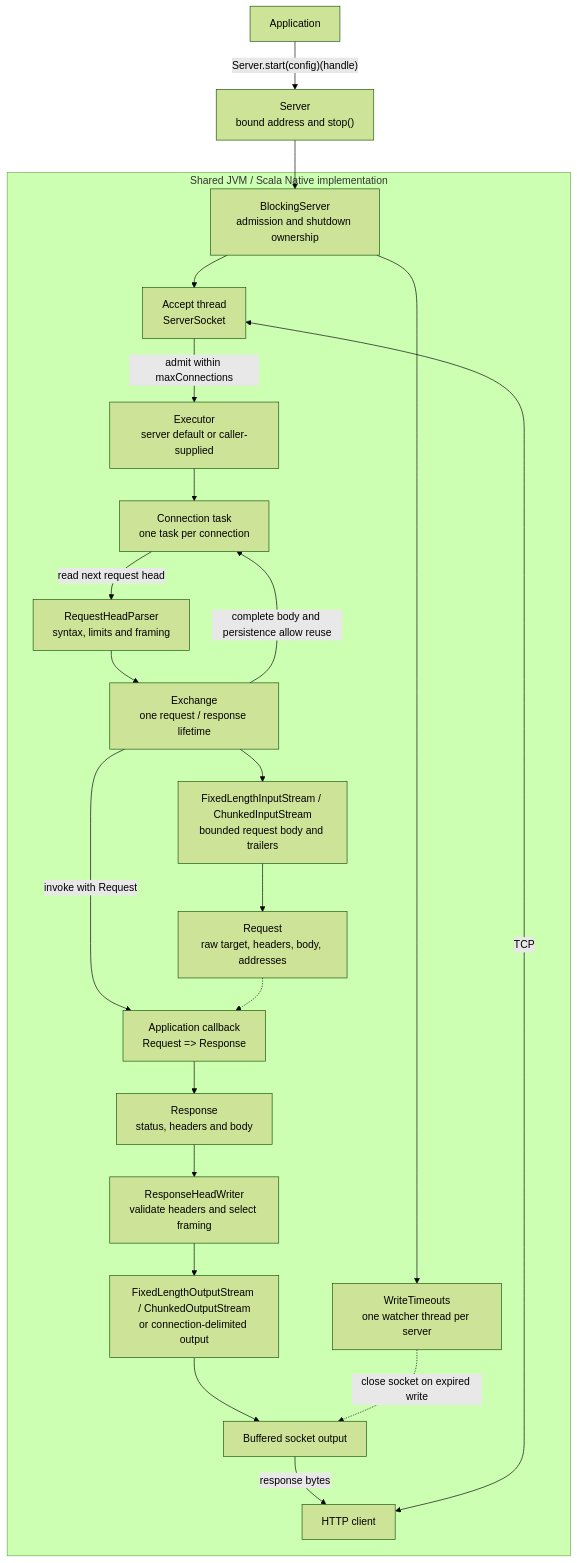
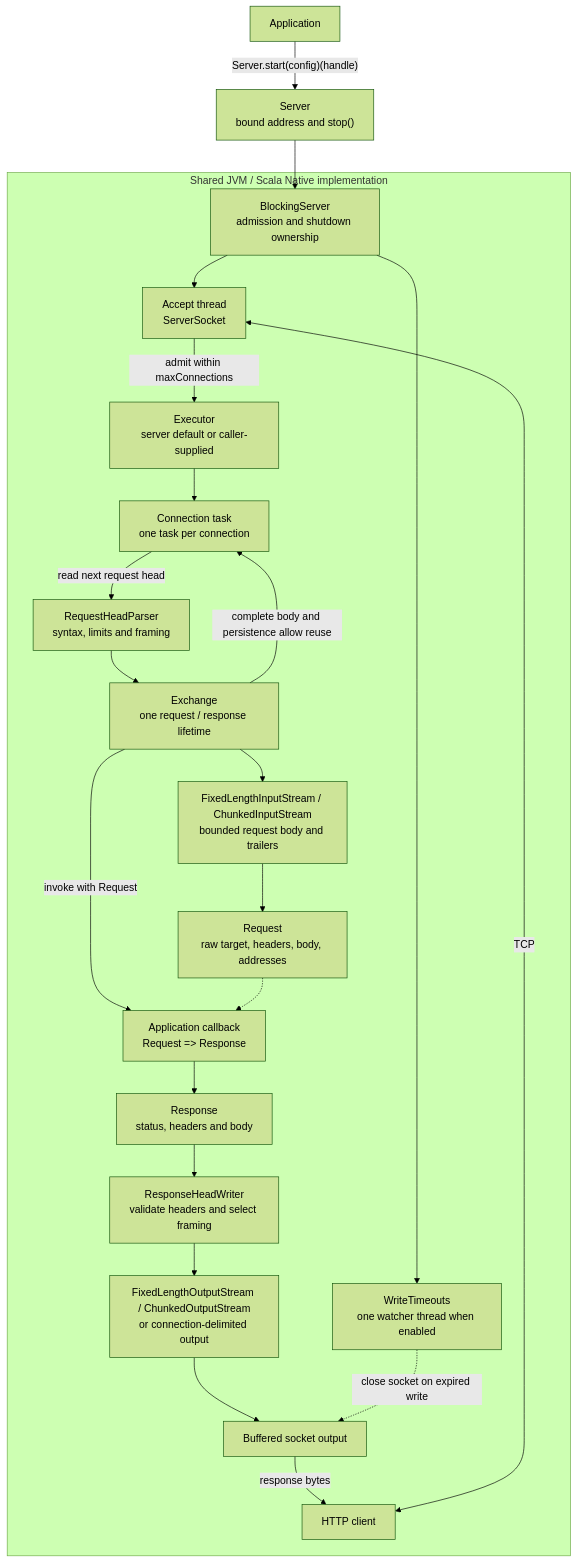
The diagram in ARCHITECTURE.md (sake92/potateh), drawn with Mermaid (forest theme) before and after one commit. The commit also changed 6 other files, not shown here.

Commit message:
Disable write timeouts handling by default

````diff
--- a/ARCHITECTURE.md
+++ b/ARCHITECTURE.md
@@ -6,26 +6,26 @@
 ```mermaid
 flowchart TD
     App["Application"] -->|"Server.start(config)(handle)"| API["Server<br/>bound address and stop()"]
     API --> Engine["BlockingServer<br/>admission and shutdown ownership"]
 
     subgraph Core["Shared JVM / Scala Native implementation"]
         Engine --> Accept["Accept thread<br/>ServerSocket"]
         Client["HTTP client"] <-->|"TCP"| Accept
         Accept -->|"admit within maxConnections"| Executor["Executor<br/>server default or caller-supplied"]
         Executor --> Worker["Connection task<br/>one task per connection"]
         Worker -->|"read next request head"| Parser["RequestHeadParser<br/>syntax, limits and framing"]
         Parser --> Exchange["Exchange<br/>one request / response lifetime"]
         Exchange --> Input["FixedLengthInputStream / ChunkedInputStream<br/>bounded request body and trailers"]
         Input --> Request["Request<br/>raw target, headers, body, addresses"]
         Exchange -->|"invoke with Request"| Handler["Application callback<br/>Request => Response"]
         Request -.-> Handler
         Handler --> Response["Response<br/>status, headers and body"]
         Response --> Writer["ResponseHeadWriter<br/>validate headers and select framing"]
         Writer --> Output["FixedLengthOutputStream / ChunkedOutputStream<br/>or connection-delimited output"]
         Output --> Socket["Buffered socket output"]
         Socket -->|"response bytes"| Client
-        Engine --> Watcher["WriteTimeouts<br/>one watcher thread per server"]
+        Engine --> Watcher["WriteTimeouts<br/>one watcher thread when enabled"]
         Watcher -.->|"close socket on expired write"| Socket
         Exchange -->|"complete body and persistence allow reuse"| Worker
     end
 ```
````
